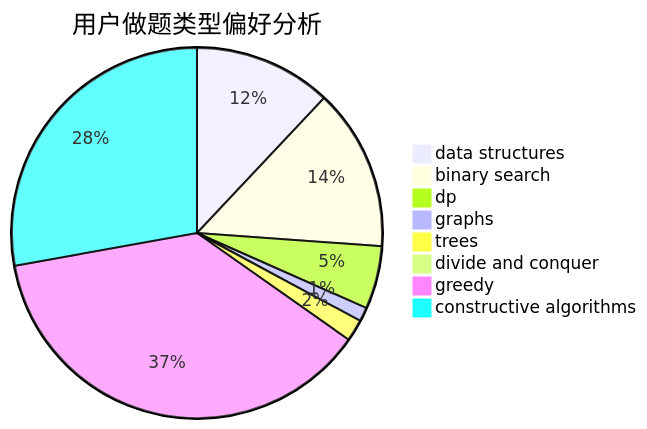
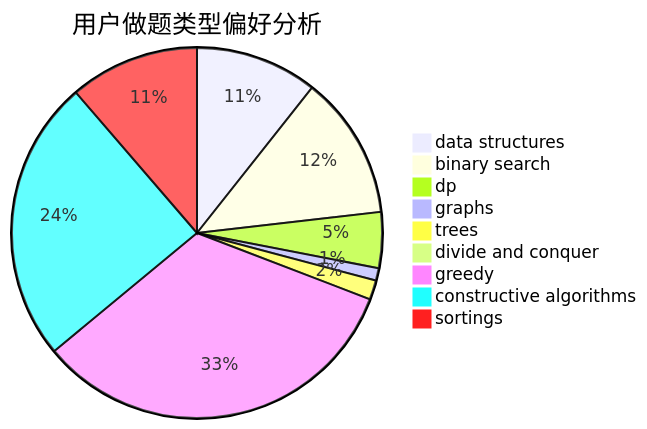
The second of 3 diagrams in docs/user/u20.md (sherpahu/cfrs.github.io), drawn with Mermaid before and after one commit. The commit also changed other lines of this file and 2769 other files, not shown here.

````diff
--- a/docs/user/u20.md
+++ b/docs/user/u20.md
@@ -23,11 +18,12 @@
 ```mermaid
 pie title 用户做题类型偏好分析
     "data structures" :  177
     "binary search" :  208
     "dp" :  81
     "graphs" :  18
     "trees" :  28
     "divide and conquer" :  13
     "greedy" :  551
     "constructive algorithms" :  410
+    "sortings" :  188
 ```
````
